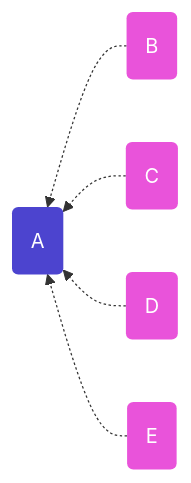
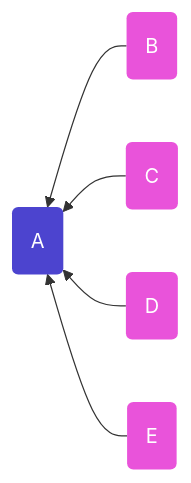
One commit to ssbc/sips changed the third of 7 diagrams in 009.md. Above: the diagram before and after it, drawn with Mermaid. The commit also changed other lines of this file, not shown here.

````diff
--- a/009.md
+++ b/009.md
@@ -183,10 +183,10 @@
 ```mermaid
 flowchart RL
 A(A):::root;B(B);E(E);C(C);D(D);
 
-B & C & D & E-.->A
+B & C & D & E-->A
 
 %% styling
 classDef default fill: #e953da, stroke-width: 0, color: white
 classDef root fill: #4c44cf, stroke-width: 0, color: white
 ```
````
